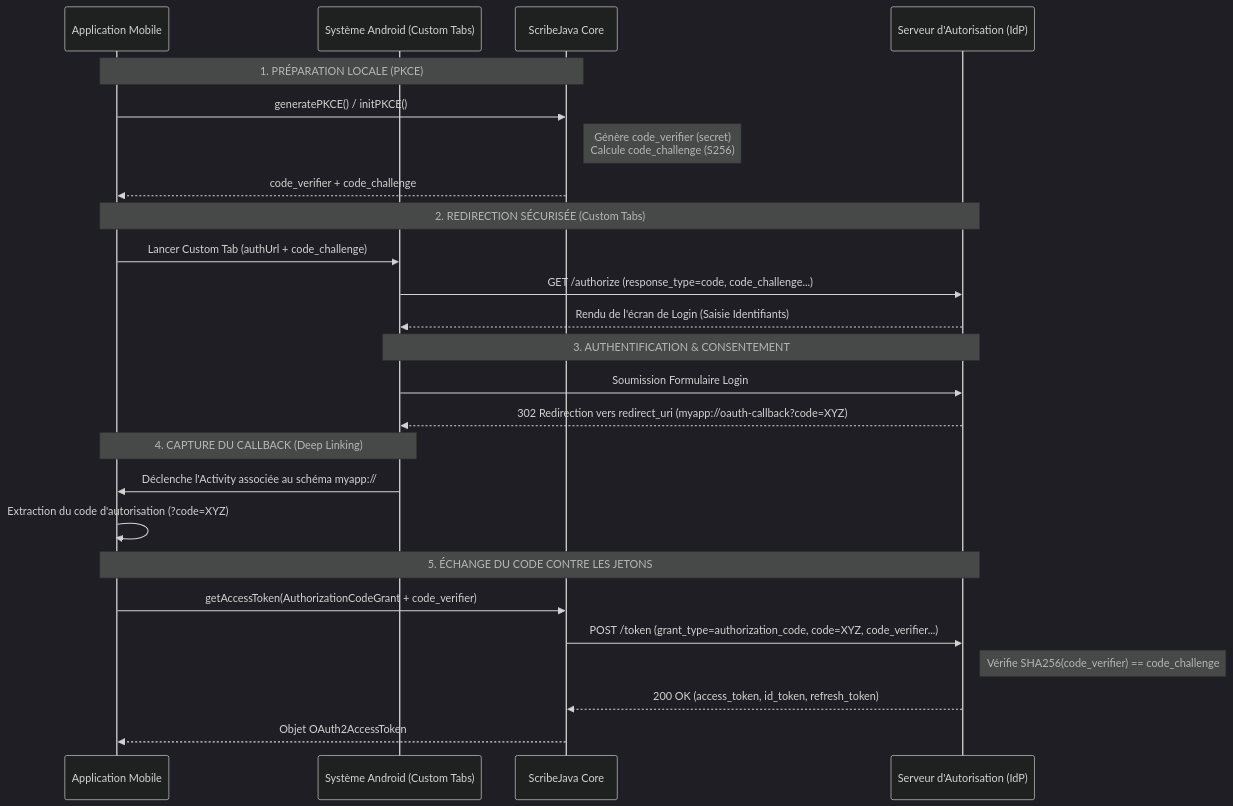
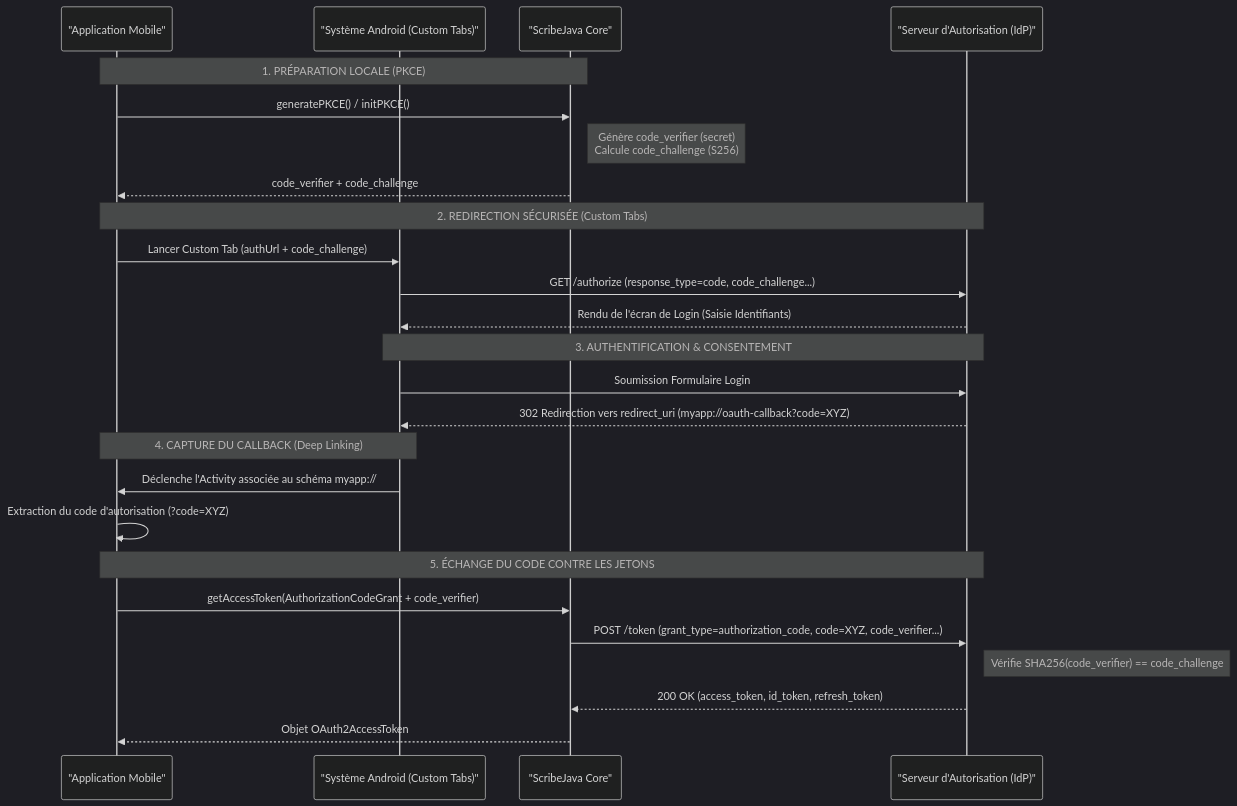
One commit to Q300Z/scribejava changed the first of 2 diagrams in docs/how-to/integrate-android.md. Above: the diagram before and after it, drawn with Mermaid (dark theme). The commit also changed other lines of this file and 6 other files, not shown here.

Commit message:
docs(how-to): validate mermaid syntax and align how-to guides with codebase

````diff
--- a/docs/how-to/integrate-android.md
+++ b/docs/how-to/integrate-android.md
@@ -63,32 +63,32 @@
 ```mermaid
 sequenceDiagram
-    participant App as Application Mobile
-    participant OS as Système Android (Custom Tabs)
-    participant Scribe as ScribeJava Core
-    participant IdP as Serveur d'Autorisation (IdP)
+    participant App as "Application Mobile"
+    participant OS as "Système Android (Custom Tabs)"
+    participant Scribe as "ScribeJava Core"
+    participant IdP as "Serveur d'Autorisation (IdP)"
 
     Note over App, Scribe: 1. PRÉPARATION LOCALE (PKCE)
     App->>Scribe: generatePKCE() / initPKCE()
     Note right of Scribe: Génère code_verifier (secret)<br/>Calcule code_challenge (S256)
     Scribe-->>App: code_verifier + code_challenge
     
     Note over App, IdP: 2. REDIRECTION SÉCURISÉE (Custom Tabs)
     App->>OS: Lancer Custom Tab (authUrl + code_challenge)
     OS->>IdP: GET /authorize (response_type=code, code_challenge...)
     IdP-->>OS: Rendu de l'écran de Login (Saisie Identifiants)
     
     Note over OS, IdP: 3. AUTHENTIFICATION & CONSENTEMENT
     OS->>IdP: Soumission Formulaire Login
     IdP-->>OS: 302 Redirection vers redirect_uri (myapp://oauth-callback?code=XYZ)
     
     Note over App, OS: 4. CAPTURE DU CALLBACK (Deep Linking)
     OS->>App: Déclenche l'Activity associée au schéma myapp://
     App->>App: Extraction du code d'autorisation (?code=XYZ)
 
     Note over App, IdP: 5. ÉCHANGE DU CODE CONTRE LES JETONS
     App->>Scribe: getAccessToken(AuthorizationCodeGrant + code_verifier)
     Scribe->>IdP: POST /token (grant_type=authorization_code, code=XYZ, code_verifier...)
     Note right of IdP: Vérifie SHA256(code_verifier) == code_challenge
     IdP-->>Scribe: 200 OK (access_token, id_token, refresh_token)
     Scribe-->>App: Objet OAuth2AccessToken
 ```
````
